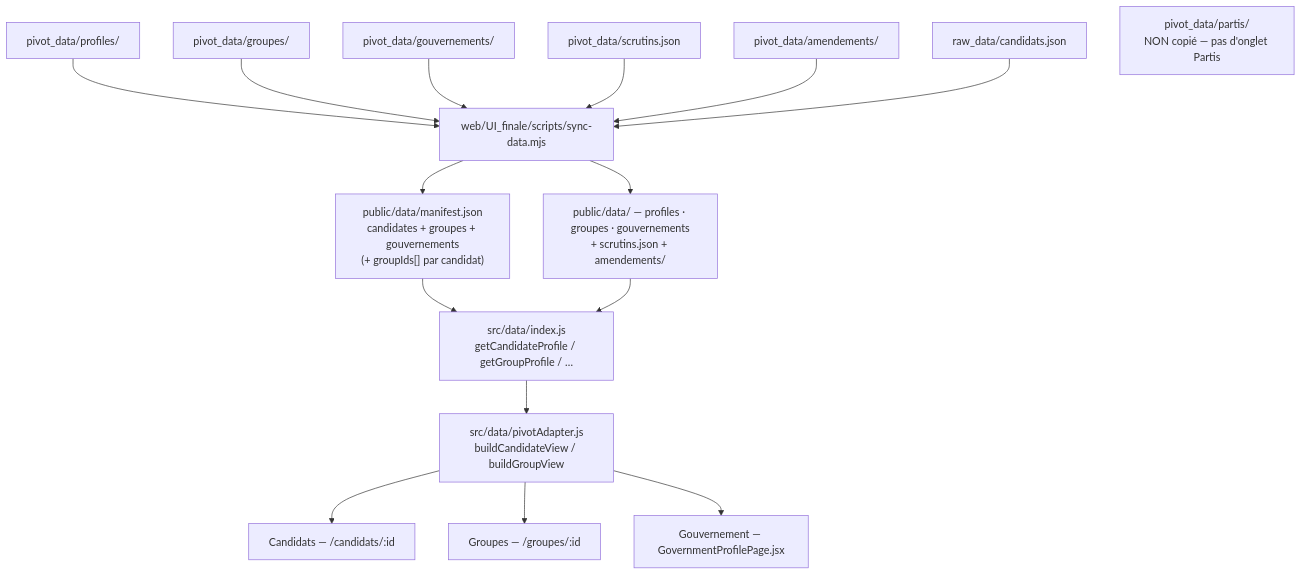
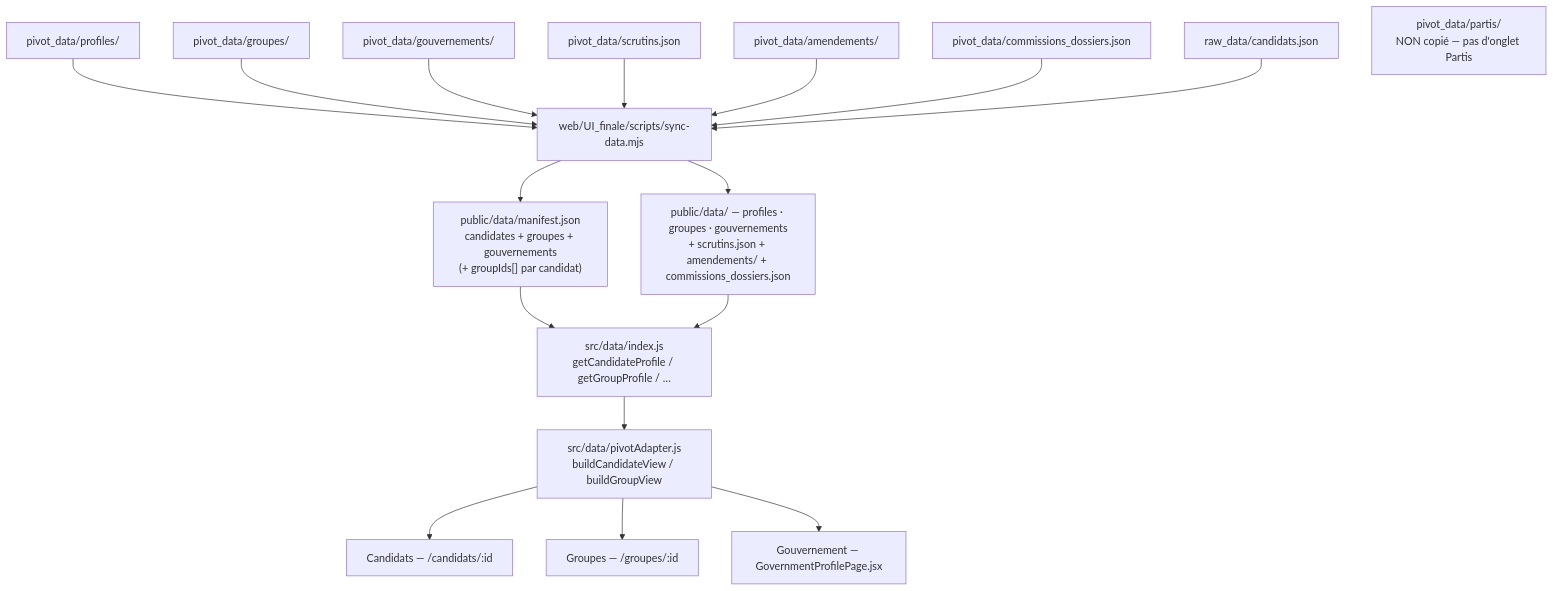
Before and after one commit to stephieED/Empreinte-politique-src: the second of 2 diagrams in docs/data-architecture.md, drawn with Mermaid. The commit also changed other lines of this file and 16 other files, not shown here.

````diff
--- a/docs/data-architecture.md
+++ b/docs/data-architecture.md
@@ -682,20 +683,21 @@
 ```mermaid
 graph TD
     PIV["pivot_data/profiles/"] --> SYNC["web/UI_finale/scripts/sync-data.mjs"]
     PGR["pivot_data/groupes/"] --> SYNC
     PGO["pivot_data/gouvernements/"] --> SYNC
     SCR["pivot_data/scrutins.json"] --> SYNC
     AMD["pivot_data/amendements/"] --> SYNC
+    COM["pivot_data/commissions_dossiers.json"] --> SYNC
     CAND["raw_data/candidats.json"] --> SYNC
     PAR["pivot_data/partis/<br/>NON copié — pas d'onglet Partis"]
 
     SYNC --> MAN["public/data/manifest.json<br/>candidates + groupes + gouvernements<br/>(+ groupIds[] par candidat)"]
-    SYNC --> PUB["public/data/ — profiles · groupes · gouvernements<br/>+ scrutins.json + amendements/"]
+    SYNC --> PUB["public/data/ — profiles · groupes · gouvernements<br/>+ scrutins.json + amendements/ + commissions_dossiers.json"]
 
     MAN --> IDX["src/data/index.js<br/>getCandidateProfile / getGroupProfile / …"]
     PUB --> IDX
     IDX --> ADP["src/data/pivotAdapter.js<br/>buildCandidateView / buildGroupView"]
     ADP --> VC["Candidats — /candidats/:id"]
     ADP --> VG["Groupes — /groupes/:id"]
     ADP --> VO["Gouvernement — GovernmentProfilePage.jsx"]
 ```
````
